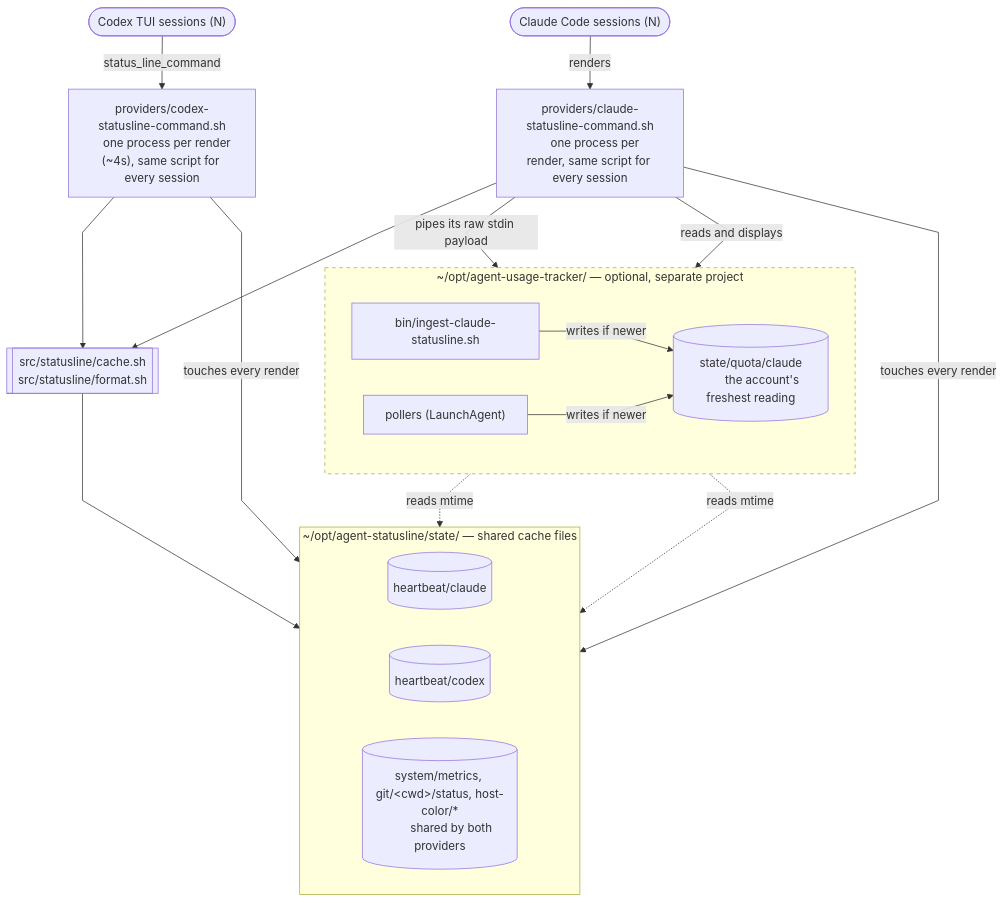
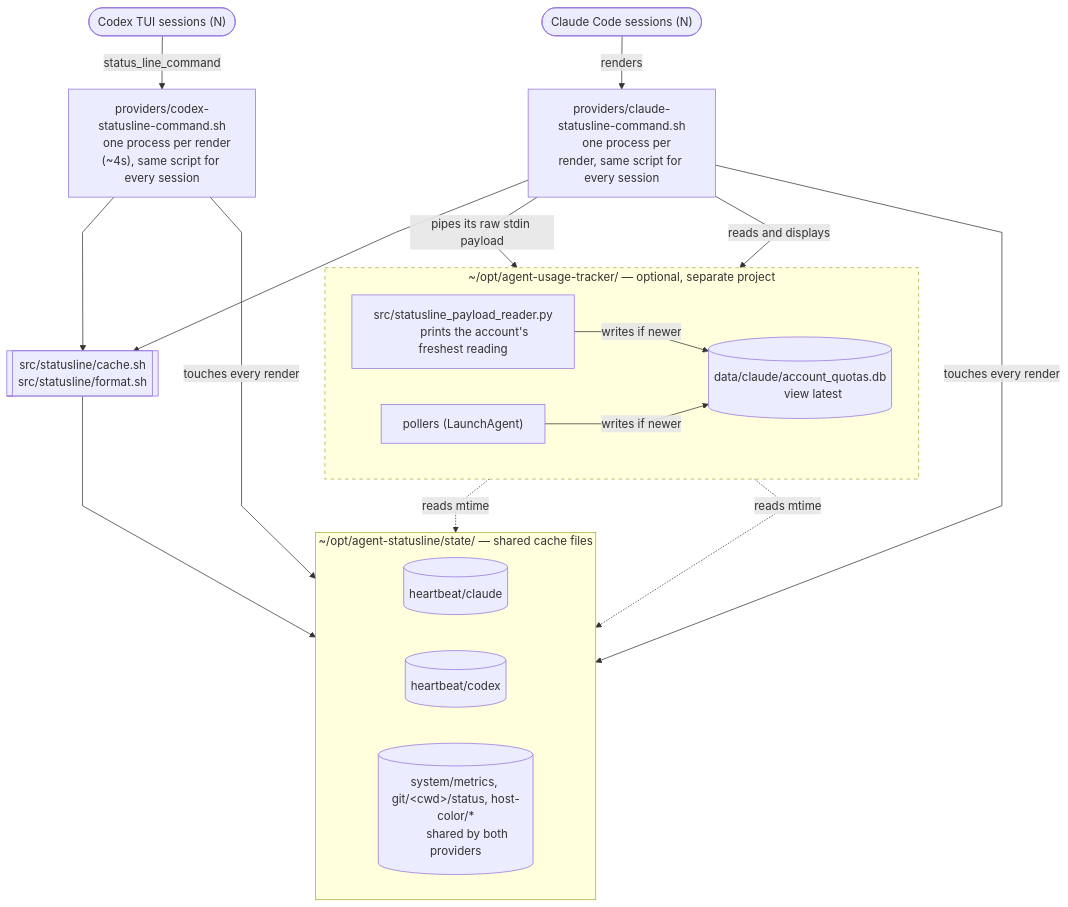
One commit to JeanLescutMuller/agent-statusline changed the diagram in README.md. Above: the diagram before and after it, drawn with Mermaid. The commit also changed other lines of this file and 5 other files, not shown here.

First line of the commit message:
Claude quota: run agent-usage-tracker's reader and show the line it prints

````diff
--- a/README.md
+++ b/README.md
@@ -33,49 +33,50 @@
 ```mermaid
 %%{init: {"flowchart": {"curve": "linear"}}}%%
 flowchart TB
     claudeS(["Claude Code sessions (N)"])
     codexS(["Codex TUI sessions (N)"])
 
     provclaude["providers/claude-statusline-command.sh
     one process per render, same script for every session"]
     provcodex["providers/codex-statusline-command.sh
     one process per render (~4s), same script for every session"]
 
     sharedlib[["src/statusline/cache.sh
     src/statusline/format.sh"]]
 
     subgraph state["~/opt/agent-statusline/state/ — shared cache files"]
         direction LR
         hbC[("heartbeat/claude")]
         hbX[("heartbeat/codex")]
         ccOther[("system/metrics, git/&lt;cwd&gt;/status, host-color/*
         shared by both providers")]
     end
 
     subgraph tracker["~/opt/agent-usage-tracker/ — optional, separate project"]
         direction LR
-        ingest["bin/ingest-claude-statusline.sh"]
-        ccC[("state/quota/claude
-        the account's freshest reading")]
+        ingest["src/statusline_payload_reader.py
+        prints the account's freshest reading"]
+        ccC[("data/claude/account_quotas.db
+        view latest")]
         pollers["pollers (LaunchAgent)"]
     end
 
     claudeS -->|renders| provclaude
     codexS -->|"status_line_command"| provcodex
 
     provclaude --> sharedlib
     provcodex --> sharedlib
     sharedlib --> ccOther
 
     provclaude -->|touches every render| hbC
     provcodex -->|touches every render| hbX
 
     provclaude -->|"pipes its raw stdin payload"| ingest
     ingest -->|"writes if newer"| ccC
     provclaude -->|"reads and displays"| ccC
     pollers -.->|"reads mtime"| hbC
     pollers -.->|"reads mtime"| hbX
     pollers -->|"writes if newer"| ccC
 
     style tracker stroke-dasharray: 5 5
 ```
````
